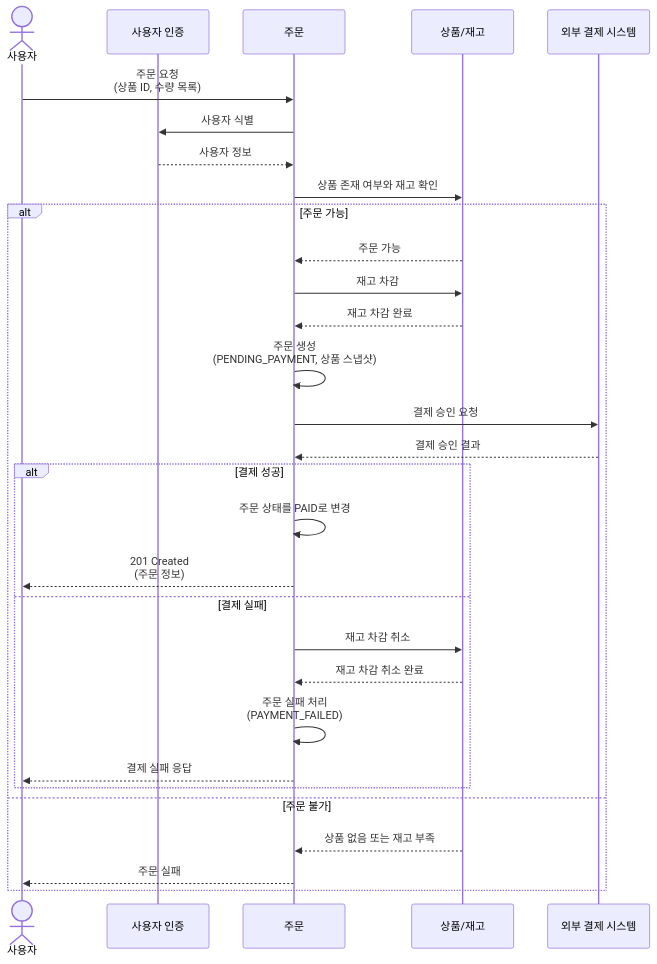
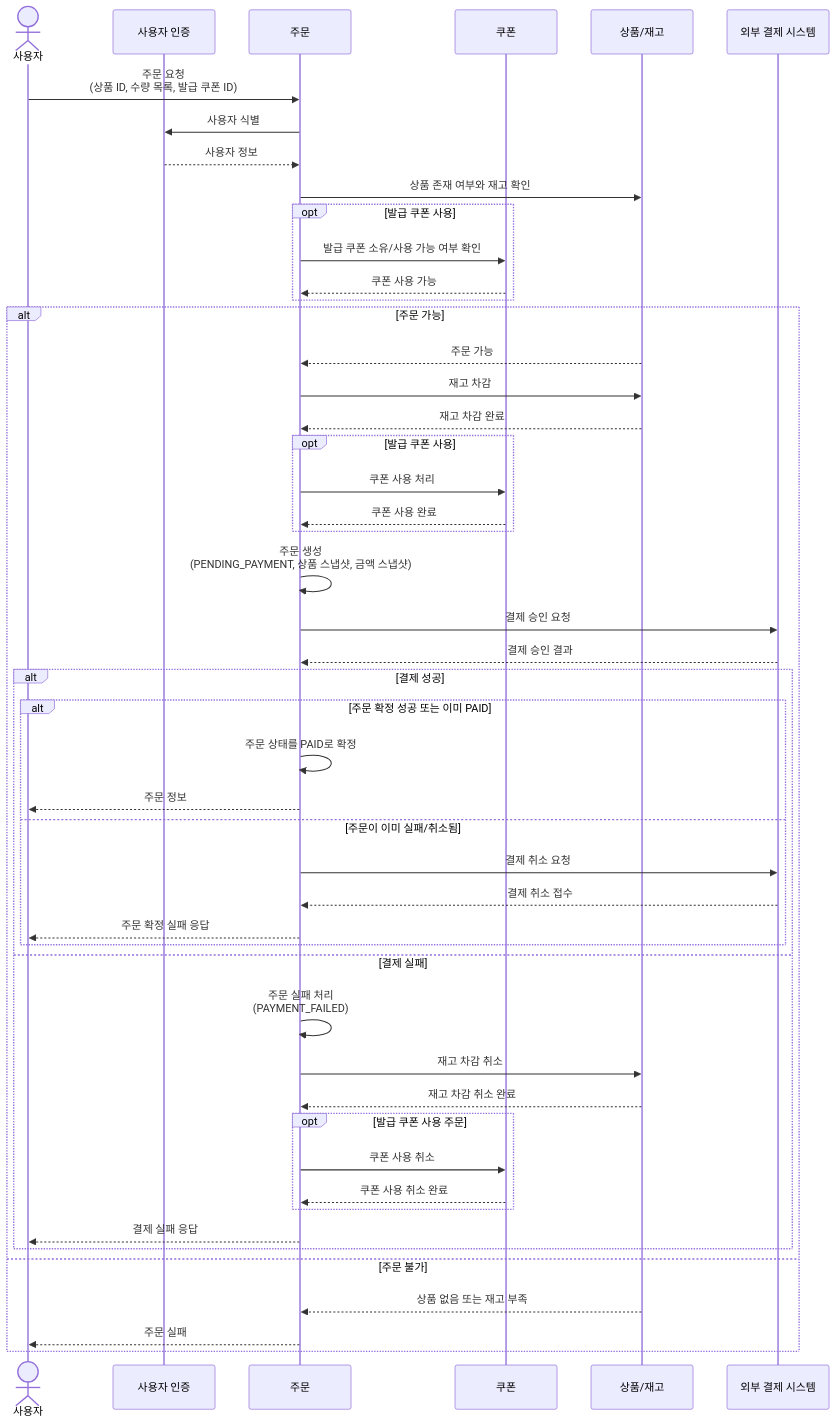
One commit to loopers-labs/loop-pack-be-l2-vol4-kotlin changed the first of 7 diagrams in docs/week2/02-sequence-diagrams.md. Above: the diagram before and after it, drawn with Mermaid. The commit also changed other lines of this file and 3 other files, not shown here.

````diff
--- a/docs/week2/02-sequence-diagrams.md
+++ b/docs/week2/02-sequence-diagrams.md
@@ -28,35 +28,54 @@
 ```mermaid
 sequenceDiagram
     actor User as 사용자
     participant Auth as 사용자 인증
     participant Order as 주문
+    participant Coupon as 쿠폰
     participant Product as 상품/재고
     participant Payment as 외부 결제 시스템
 
-    User->>Order: 주문 요청<br/>(상품 ID, 수량 목록)
+    User->>Order: 주문 요청<br/>(상품 ID, 수량 목록, 발급 쿠폰 ID)
     Order->>Auth: 사용자 식별
     Auth-->>Order: 사용자 정보
     Order->>Product: 상품 존재 여부와 재고 확인
+    opt 발급 쿠폰 사용
+        Order->>Coupon: 발급 쿠폰 소유/사용 가능 여부 확인
+        Coupon-->>Order: 쿠폰 사용 가능
+    end
 
     alt 주문 가능
         Product-->>Order: 주문 가능
         Order->>Product: 재고 차감
         Product-->>Order: 재고 차감 완료
-        Order->>Order: 주문 생성<br/>(PENDING_PAYMENT, 상품 스냅샷)
+        opt 발급 쿠폰 사용
+            Order->>Coupon: 쿠폰 사용 처리
+            Coupon-->>Order: 쿠폰 사용 완료
+        end
+        Order->>Order: 주문 생성<br/>(PENDING_PAYMENT, 상품 스냅샷, 금액 스냅샷)
         Order->>Payment: 결제 승인 요청
         Payment-->>Order: 결제 승인 결과
 
         alt 결제 성공
-            Order->>Order: 주문 상태를 PAID로 변경
-            Order-->>User: 201 Created<br/>(주문 정보)
+            alt 주문 확정 성공 또는 이미 PAID
+                Order->>Order: 주문 상태를 PAID로 확정
+                Order-->>User: 주문 정보
+            else 주문이 이미 실패/취소됨
+                Order->>Payment: 결제 취소 요청
+                Payment-->>Order: 결제 취소 접수
+                Order-->>User: 주문 확정 실패 응답
+            end
         else 결제 실패
+            Order->>Order: 주문 실패 처리<br/>(PAYMENT_FAILED)
             Order->>Product: 재고 차감 취소
             Product-->>Order: 재고 차감 취소 완료
-            Order->>Order: 주문 실패 처리<br/>(PAYMENT_FAILED)
+            opt 발급 쿠폰 사용 주문
+                Order->>Coupon: 쿠폰 사용 취소
+                Coupon-->>Order: 쿠폰 사용 취소 완료
+            end
             Order-->>User: 결제 실패 응답
         end
     else 주문 불가
         Product-->>Order: 상품 없음 또는 재고 부족
         Order-->>User: 주문 실패
     end
 ```
````
